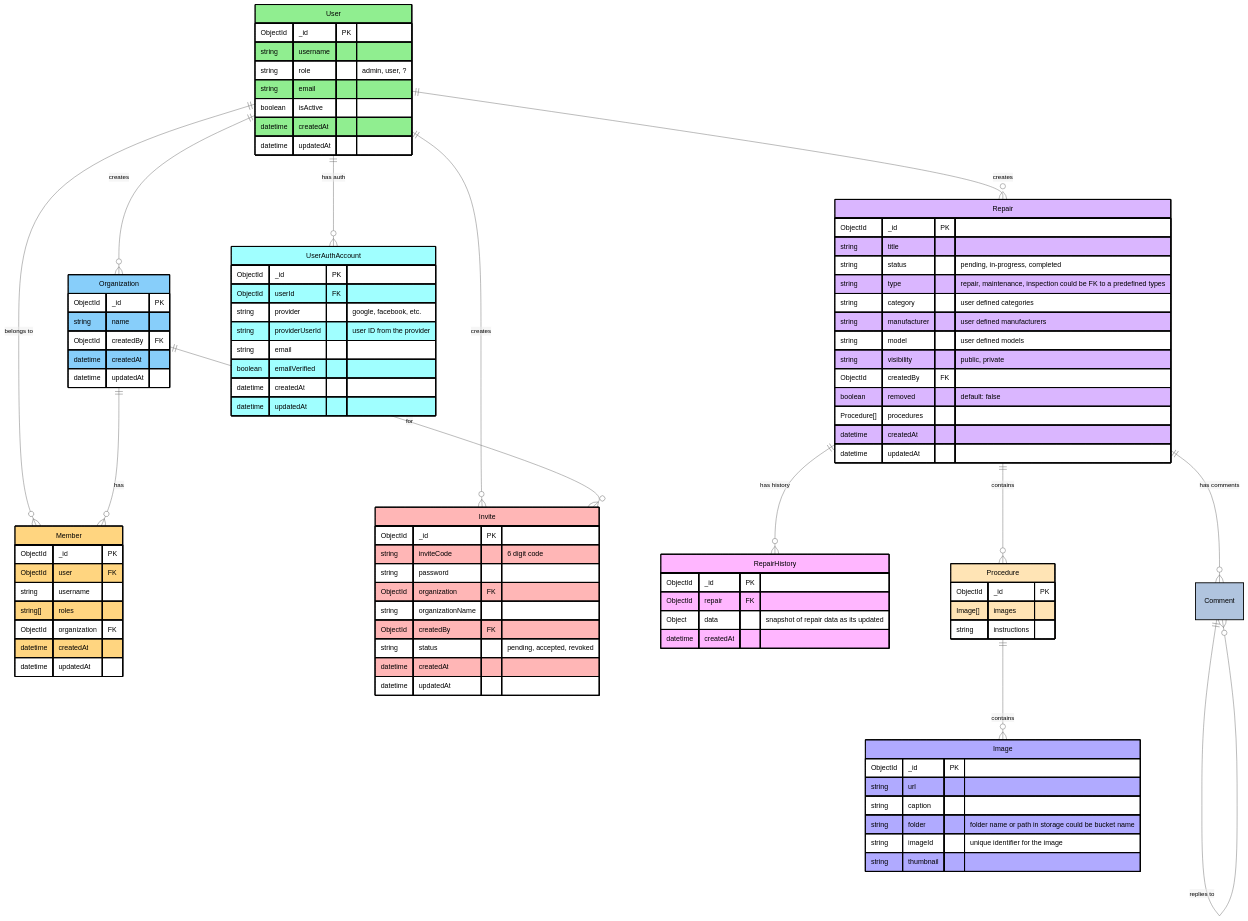
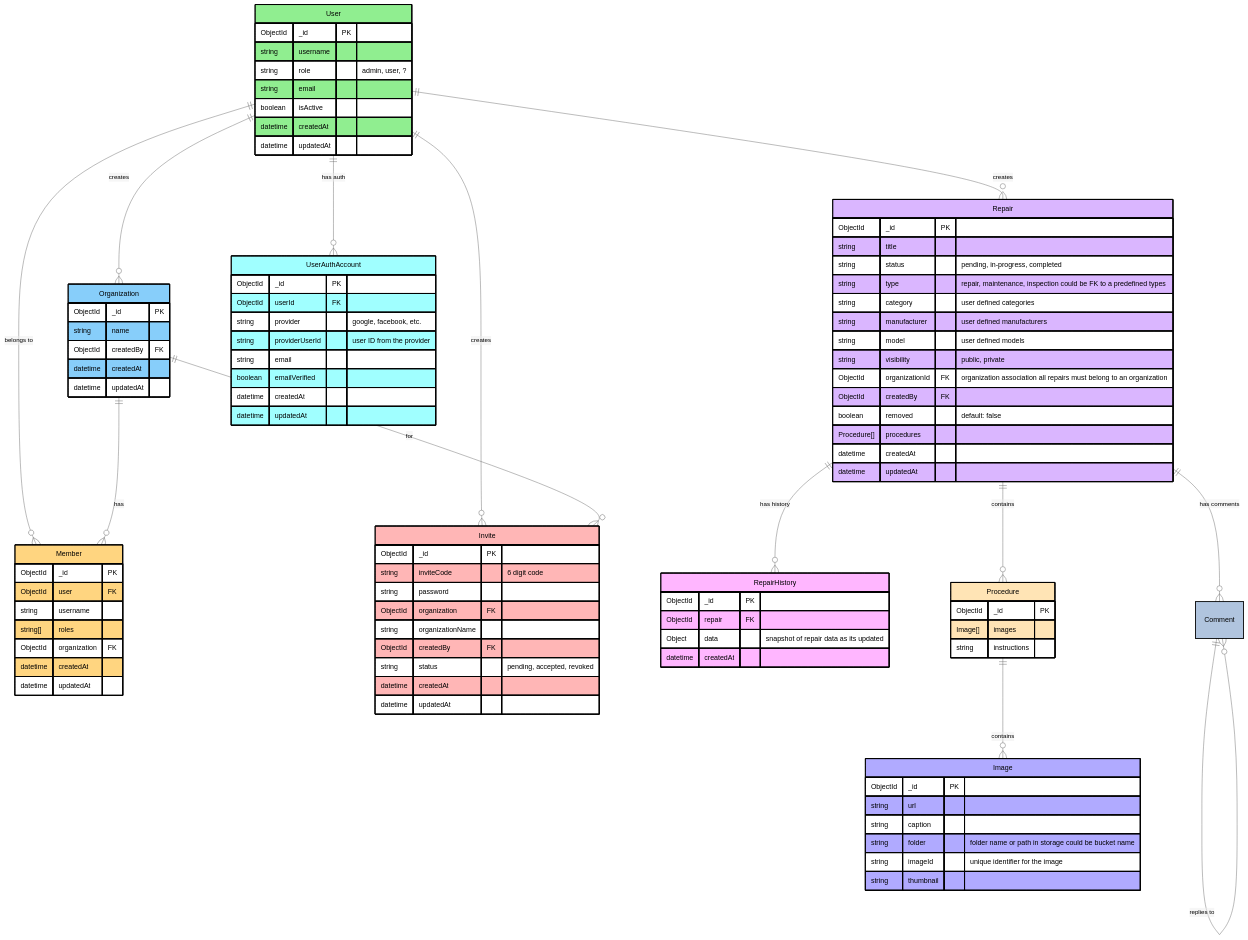
Before and after one commit to jesusdoza/repair-reports: the diagram in diagrams/models-diagram.mmd, drawn with Mermaid (neutral theme).

Commit message:
update models diagram for repair data model

```diff
--- a/diagrams/models-diagram.mmd
+++ b/diagrams/models-diagram.mmd
@@ -1,115 +1,116 @@
 erDiagram
     User {
         ObjectId _id PK
         string username
         string role "admin, user, ?"
         string email
         boolean isActive
         datetime createdAt
         datetime updatedAt
     }
 
     Organization { 
         ObjectId _id PK
         string name
         ObjectId createdBy FK
         datetime createdAt
         datetime updatedAt
     }
 
     Member {
         ObjectId _id PK
         ObjectId user FK
         string username
         string[] roles
         ObjectId organization FK
         datetime createdAt
         datetime updatedAt
     }
 
     Invite {
         ObjectId _id PK
         string inviteCode "6 digit code"
         string password
         ObjectId organization FK
         string organizationName
         ObjectId createdBy FK
         string status "pending, accepted, revoked"
         datetime createdAt
         datetime updatedAt
     }
 
     Repair {
         ObjectId _id PK
         string title
         string status "pending, in-progress, completed"
         string type "repair, maintenance, inspection could be FK to a predefined types"
         string category "user defined categories"
         string manufacturer "user defined manufacturers"
         string model "user defined models"
         string visibility "public, private"
+        ObjectId organizationId FK "organization association all repairs must belong to an organization"
         ObjectId createdBy FK
         boolean removed "default: false"
         Procedure[] procedures
         datetime createdAt
         datetime updatedAt
     }
 
     RepairHistory {
         ObjectId _id PK
         ObjectId repair FK
         Object data "snapshot of repair data as its updated"
         datetime createdAt
     }
 
     UserAuthAccount {
         ObjectId _id PK
         ObjectId userId FK
         string provider "google, facebook, etc."
         string providerUserId "user ID from the provider"
         string email
         boolean emailVerified
         datetime createdAt
         datetime updatedAt
     }
 
     Procedure {
         ObjectId _id PK
         Image[] images
         string instructions
     }
 
     Image {
         ObjectId _id PK
         string url
         string caption
         string folder "folder name or path in storage could be bucket name"
         string imageId "unique identifier for the image"
         string thumbnail
     }
 
     %% Relationships
     User ||--o{ Organization : "creates"
     User ||--o{ Member : "belongs to"
     Organization ||--o{ Member : "has"
     User ||--o{ Invite : "creates"
     Organization ||--o{ Invite : "for"
     User ||--o{ Repair : "creates"
     Repair ||--o{ RepairHistory : "has history"
     Repair ||--o{ Comment : "has comments"
     Comment ||--o{ Comment : "replies to"
     User ||--o{ UserAuthAccount : "has auth"
     Repair ||--o{ Procedure : "contains"
     Procedure ||--o{ Image : "contains"
 
 %% styling
 style User fill:#90ee90,stroke:#000,stroke-width:2px,color:#000
 style Organization fill:#87cefa,stroke:#000,stroke-width:2px,color:#000
 style Member fill:#ffd580,stroke:#000,stroke-width:2px,color:#000
 style Invite fill:#ffb6b6,stroke:#000,stroke-width:2px,color:#000
 style Repair fill:#dab6ff,stroke:#000,stroke-width:2px,color:#000
 style RepairHistory fill:#ffb6ff,stroke:#000,stroke-width:2px,color:#000
 style Comment fill:#b0c4de,stroke:#000,stroke-width:2px,color:#000
 style UserAuthAccount fill:#a0ffff,stroke:#000,stroke-width:2px,color:#000
 style Procedure fill:#ffe4b5,stroke:#000,stroke-width:2px,color:#000
 style Image fill:#b0aaff,stroke:#000,stroke-width:2px,color:#000
```
